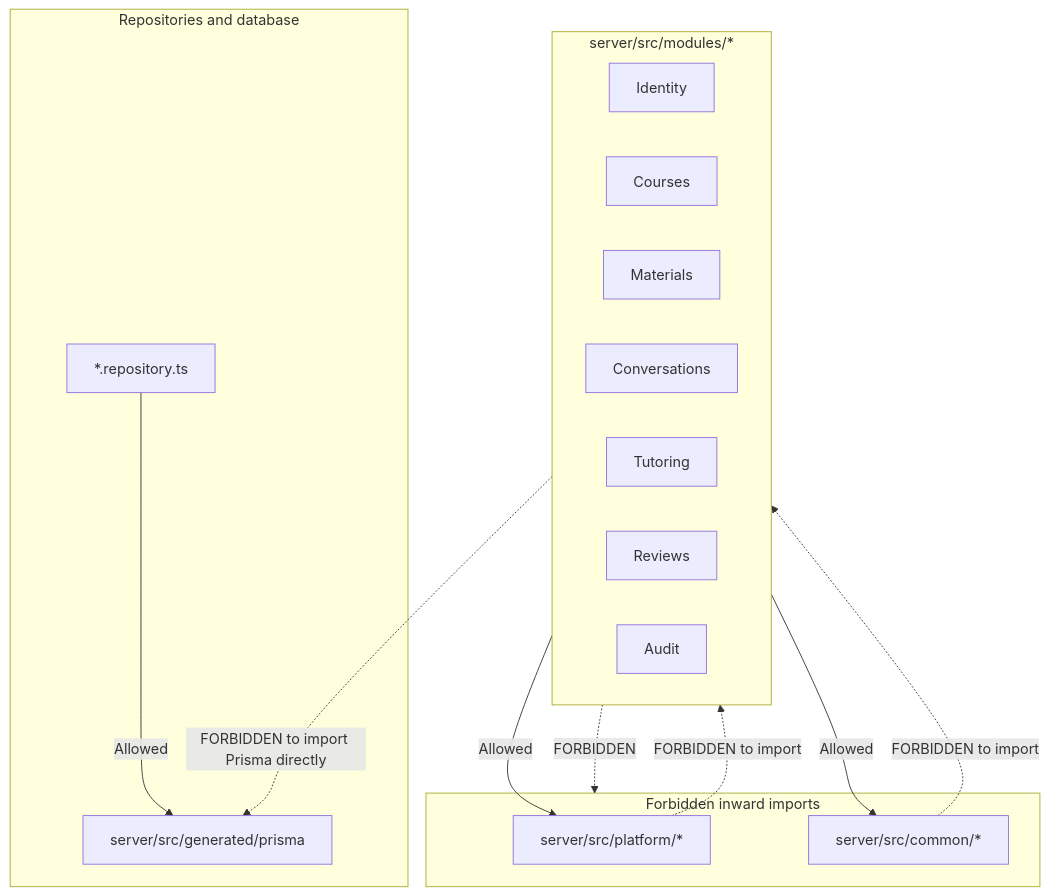
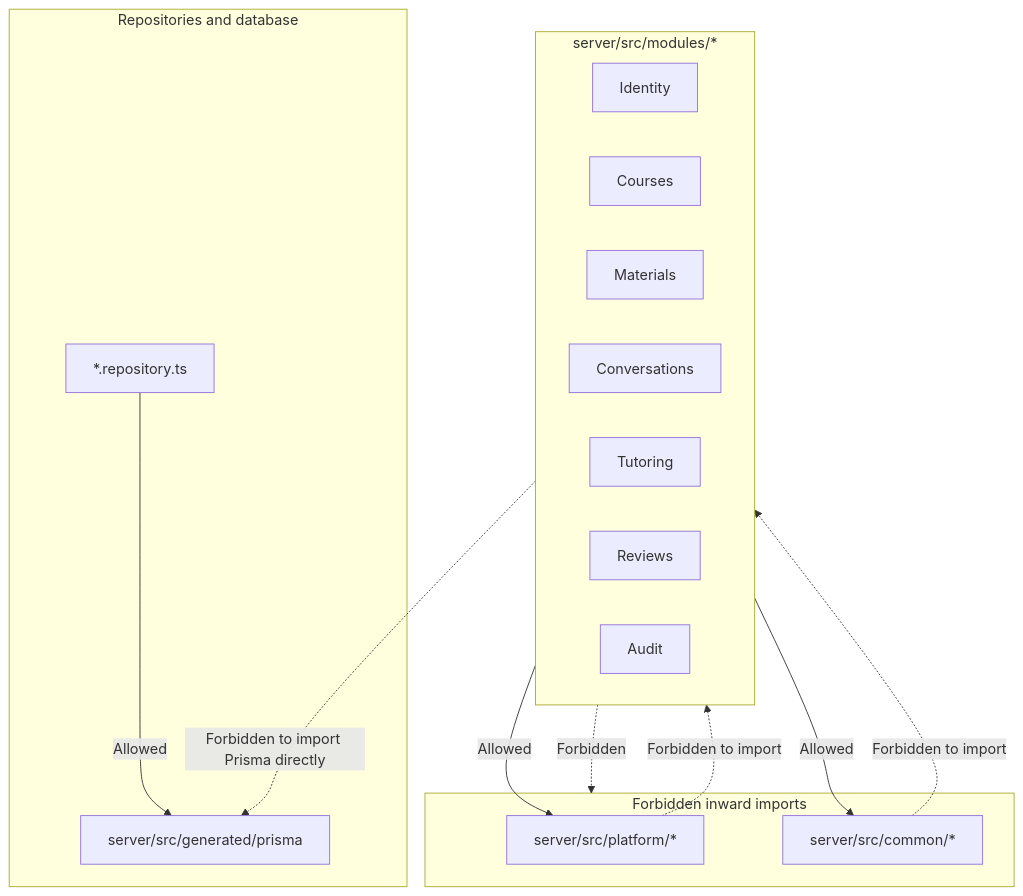
One commit to MahmoudAhmed184/Morshid changed the second of 3 diagrams in docs/developer-guide/03-architecture-and-boundaries.md. Above: the diagram before and after it, drawn with Mermaid. The commit also changed other lines of this file and 17 other files, not shown here.

````diff
--- a/docs/developer-guide/03-architecture-and-boundaries.md
+++ b/docs/developer-guide/03-architecture-and-boundaries.md
@@ -50,31 +50,31 @@
 ```mermaid
 graph TD
     subgraph ForbiddenLayers["Forbidden inward imports"]
         P[server/src/platform/*]
         C[server/src/common/*]
     end
 
     subgraph ProductModules["server/src/modules/*"]
         M1[Identity]
         M2[Courses]
         M3[Materials]
         M4[Conversations]
         M5[Tutoring]
         M6[Reviews]
         M7[Audit]
     end
 
     subgraph PersistenceLayer["Repositories and database"]
         R[*.repository.ts]
         Prisma[server/src/generated/prisma]
     end
 
     ProductModules -->|Allowed| P
     ProductModules -->|Allowed| C
-    ProductModules -.->|FORBIDDEN| ForbiddenLayers
-    P -.->|FORBIDDEN to import| ProductModules
-    C -.->|FORBIDDEN to import| ProductModules
+    ProductModules -.->|Forbidden| ForbiddenLayers
+    P -.->|Forbidden to import| ProductModules
+    C -.->|Forbidden to import| ProductModules
     
     R -->|Allowed| Prisma
-    ProductModules -.->|FORBIDDEN to import Prisma directly| Prisma
+    ProductModules -.->|Forbidden to import Prisma directly| Prisma
 ```
````
